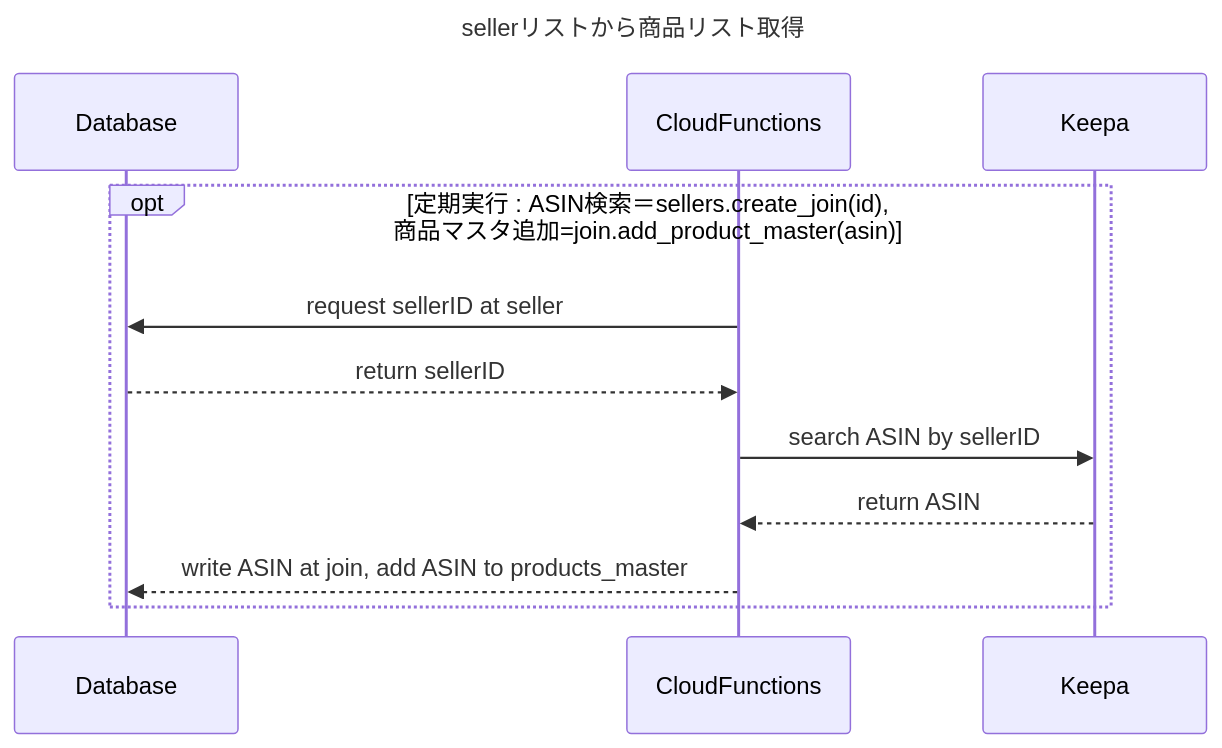
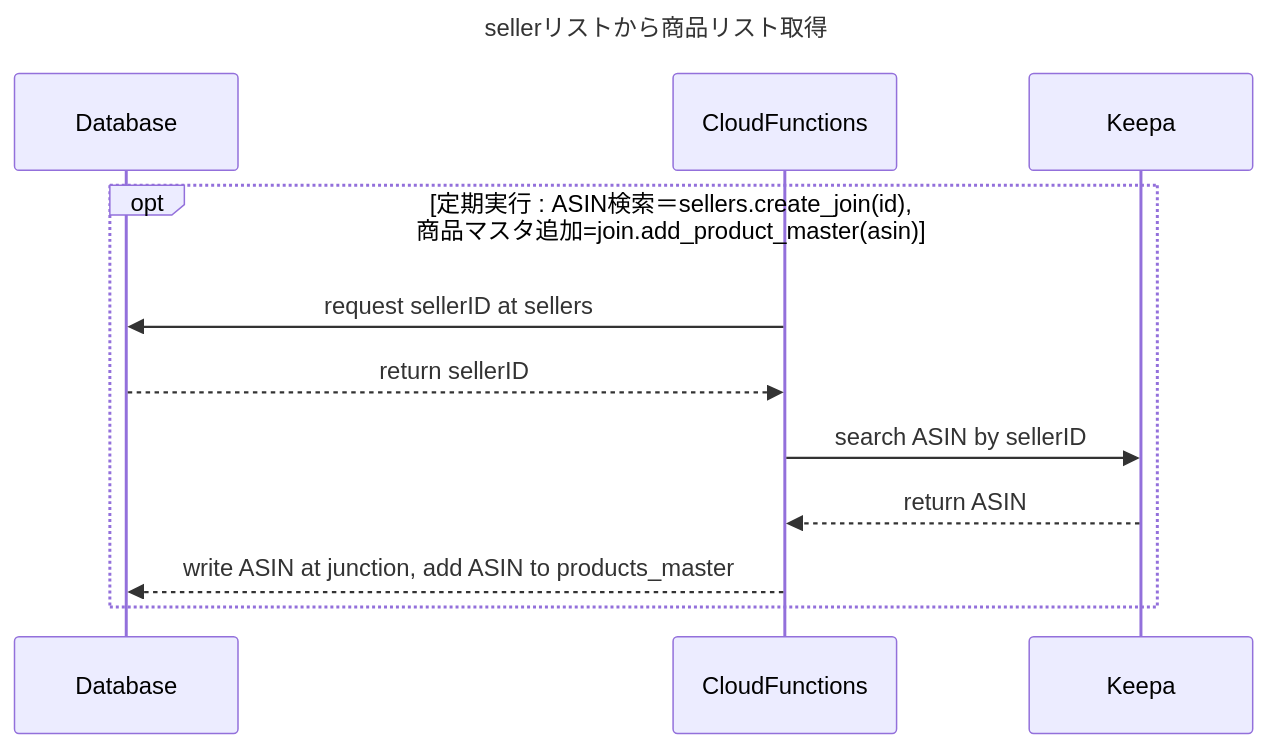
One commit to Hanato238/ASIN_search_dev changed the diagram in SQ/research_SQ_get_asin.md. Above: the diagram before and after it, drawn with Mermaid. The commit also changed 2 other files, not shown here.

````diff
--- a/SQ/research_SQ_get_asin.md
+++ b/SQ/research_SQ_get_asin.md
@@ -2,17 +2,17 @@
 ```mermaid
 ---
 title: 'sellerリストから商品リスト取得'
 ---
 sequenceDiagram
     participant db as Database
     participant cf as CloudFunctions
     participant keepa as Keepa
 
         opt 定期実行 : ASIN検索＝sellers.create_join(id), 商品マスタ追加=join.add_product_master(asin)
-            cf ->> db : request sellerID at seller
+            cf ->> db : request sellerID at sellers
             db -->> cf : return sellerID
             cf ->> keepa : search ASIN by sellerID
             keepa -->> cf : return ASIN
-            cf -->> db : write ASIN at join, add ASIN to products_master
+            cf -->> db : write ASIN at junction, add ASIN to products_master
         end
 ```
````
